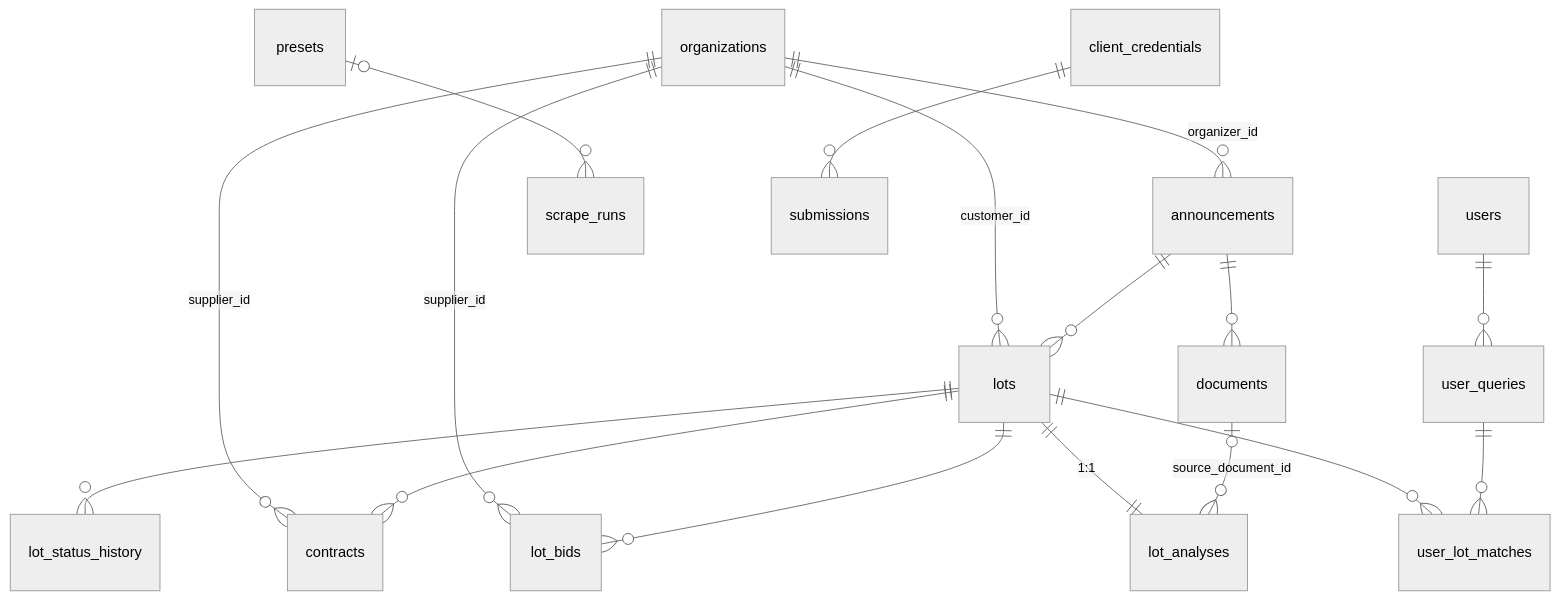
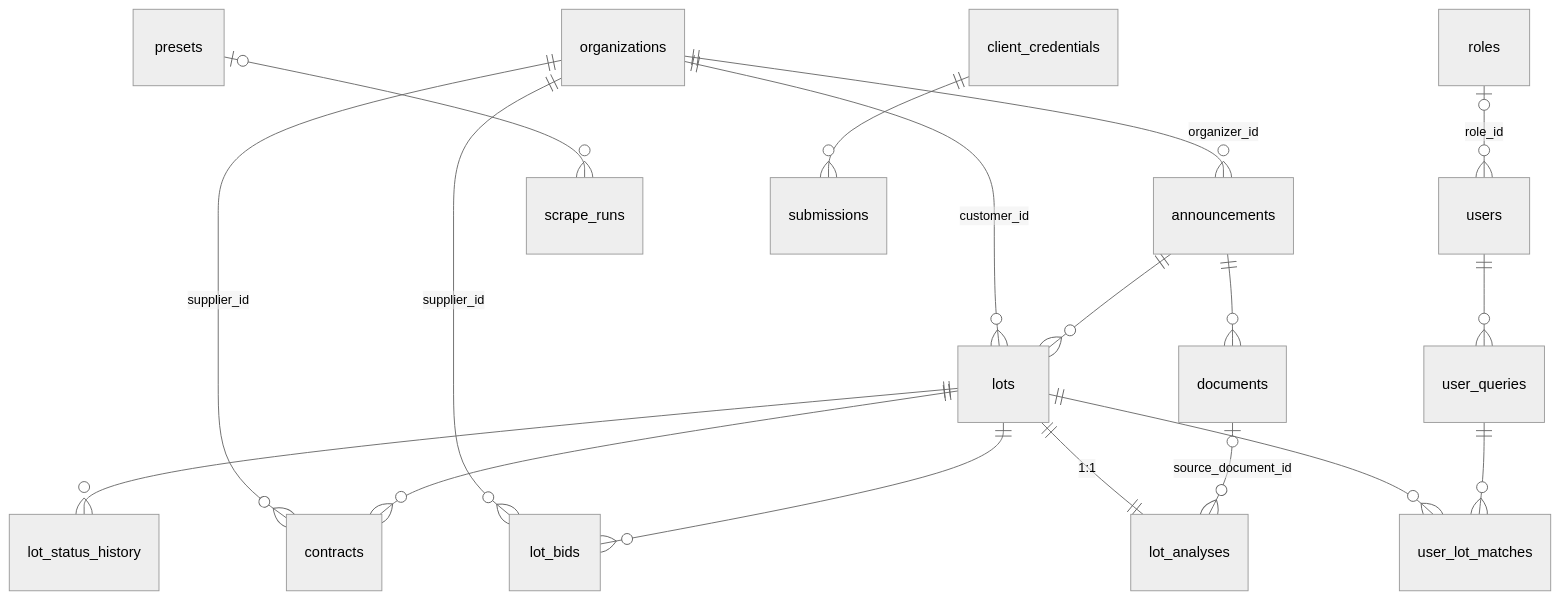
One commit to Rus9136/gos_tracker changed the third of 3 diagrams in ARCHITECTURE.md. Above: the diagram before and after it, drawn with Mermaid (neutral theme). The commit also changed other lines of this file and 9 other files, not shown here.

````diff
--- a/ARCHITECTURE.md
+++ b/ARCHITECTURE.md
@@ -135,19 +135,20 @@
 ```mermaid
 erDiagram
     organizations ||--o{ announcements : "organizer_id"
     organizations ||--o{ lots : "customer_id"
     organizations ||--o{ contracts : "supplier_id"
     organizations ||--o{ lot_bids : "supplier_id"
     announcements ||--o{ lots : ""
     announcements ||--o{ documents : ""
     lots ||--o{ lot_status_history : ""
     lots ||--o{ contracts : ""
     lots ||--o{ lot_bids : ""
     lots ||--|| lot_analyses : "1:1"
     documents |o--o{ lot_analyses : "source_document_id"
     lots ||--o{ user_lot_matches : ""
+    roles |o--o{ users : "role_id"
     users ||--o{ user_queries : ""
     user_queries ||--o{ user_lot_matches : ""
     presets |o--o{ scrape_runs : ""
     client_credentials ||--o{ submissions : ""
 ```
````
